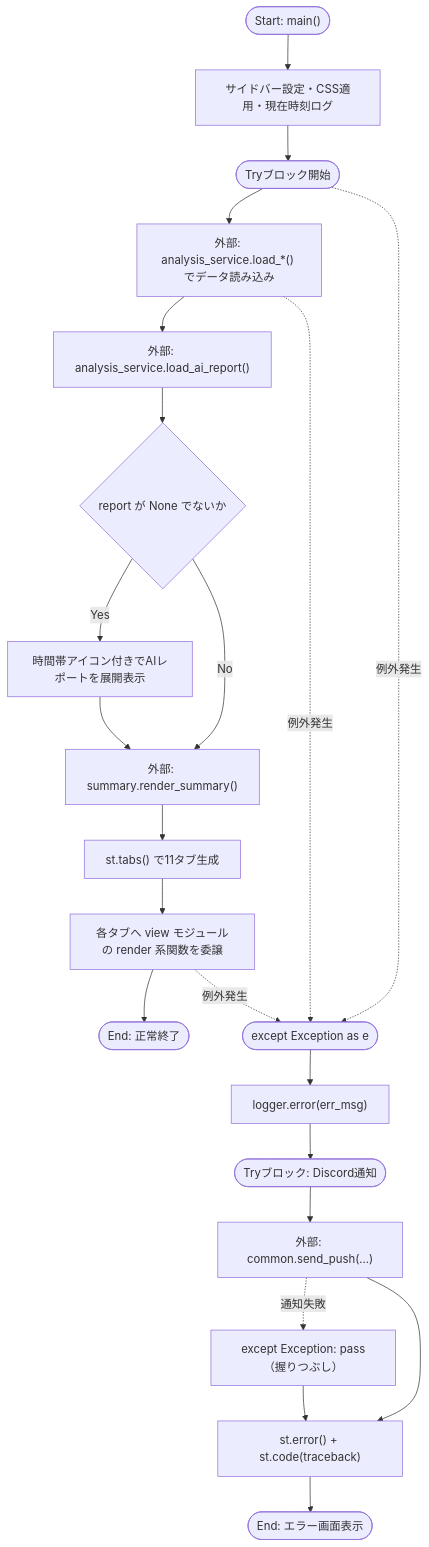
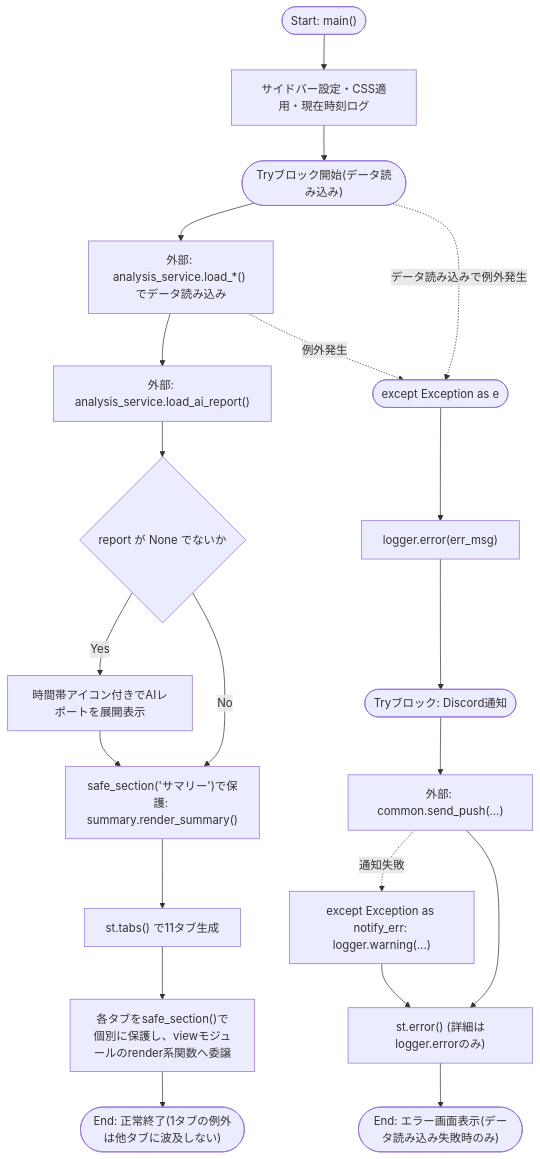
One commit to mmtigers/my_python_project changed the first of 2 diagrams in docs/specifications/MY_HOME_SYSTEM/dashboard.md. Above: the diagram before and after it, drawn with Mermaid. The commit also changed other lines of this file and 30 other files, not shown here.

````diff
--- a/docs/specifications/MY_HOME_SYSTEM/dashboard.md
+++ b/docs/specifications/MY_HOME_SYSTEM/dashboard.md
@@ -145,28 +146,27 @@
 ```mermaid
 flowchart TD
     Start(["Start: main()"]) --> Sidebar["サイドバー設定・CSS適用・現在時刻ログ"]
-    Sidebar --> TryStart(["Tryブロック開始"])
+    Sidebar --> TryStart(["Tryブロック開始(データ読み込み)"])
 
     TryStart --> LoadData["外部: analysis_service.load_*() でデータ読み込み"]
     LoadData --> LoadReport["外部: analysis_service.load_ai_report()"]
     LoadReport --> CheckReport{"report が None でないか"}
     CheckReport -- Yes --> RenderReport["時間帯アイコン付きでAIレポートを展開表示"]
     CheckReport -- No --> RenderSummary
-    RenderReport --> RenderSummary["外部: summary.render_summary()"]
+    RenderReport --> RenderSummary["safe_section('サマリー')で保護: summary.render_summary()"]
 
     RenderSummary --> CreateTabs["st.tabs() で11タブ生成"]
-    CreateTabs --> RenderTabs["各タブへ view モジュールの render 系関数を委譲"]
-    RenderTabs --> End(["End: 正常終了"])
+    CreateTabs --> RenderTabs["各タブをsafe_section()で個別に保護し、viewモジュールのrender系関数へ委譲"]
+    RenderTabs --> End(["End: 正常終了(1タブの例外は他タブに波及しない)"])
 
-    TryStart -. 例外発生 .-> Catch(["except Exception as e"])
+    TryStart -. データ読み込みで例外発生 .-> Catch(["except Exception as e"])
     LoadData -. 例外発生 .-> Catch
-    RenderTabs -. 例外発生 .-> Catch
 
     Catch --> LogErr["logger.error(err_msg)"]
     LogErr --> TryNotify(["Tryブロック: Discord通知"])
     TryNotify --> SendPush["外部: common.send_push(...)"]
-    SendPush -. 通知失敗 .-> IgnoreErr["except Exception: pass（握りつぶし）"]
+    SendPush -. 通知失敗 .-> LogWarn["except Exception as notify_err: logger.warning(...)"]
     SendPush --> ShowError
-    IgnoreErr --> ShowError["st.error() + st.code(traceback)"]
-    ShowError --> EndErr(["End: エラー画面表示"])
+    LogWarn --> ShowError["st.error() (詳細はlogger.errorのみ)"]
+    ShowError --> EndErr(["End: エラー画面表示(データ読み込み失敗時のみ)"])
 ```
````
